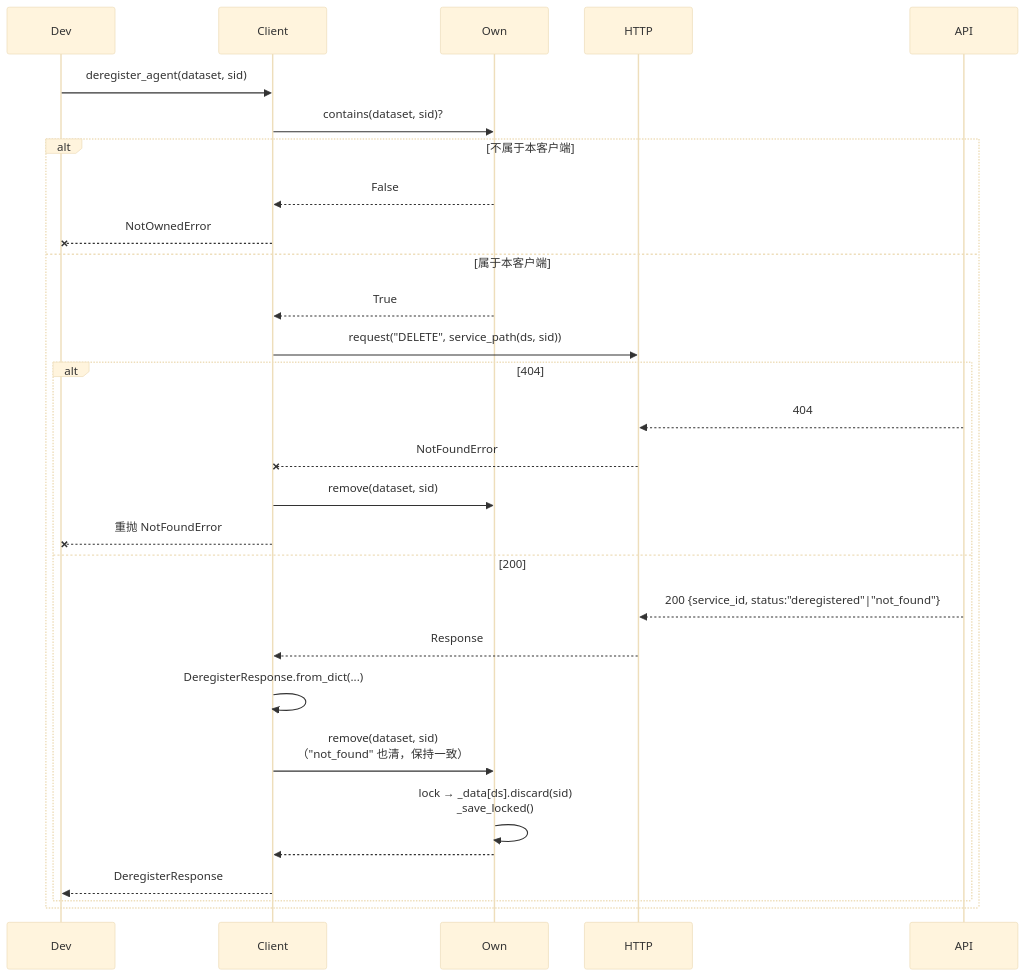
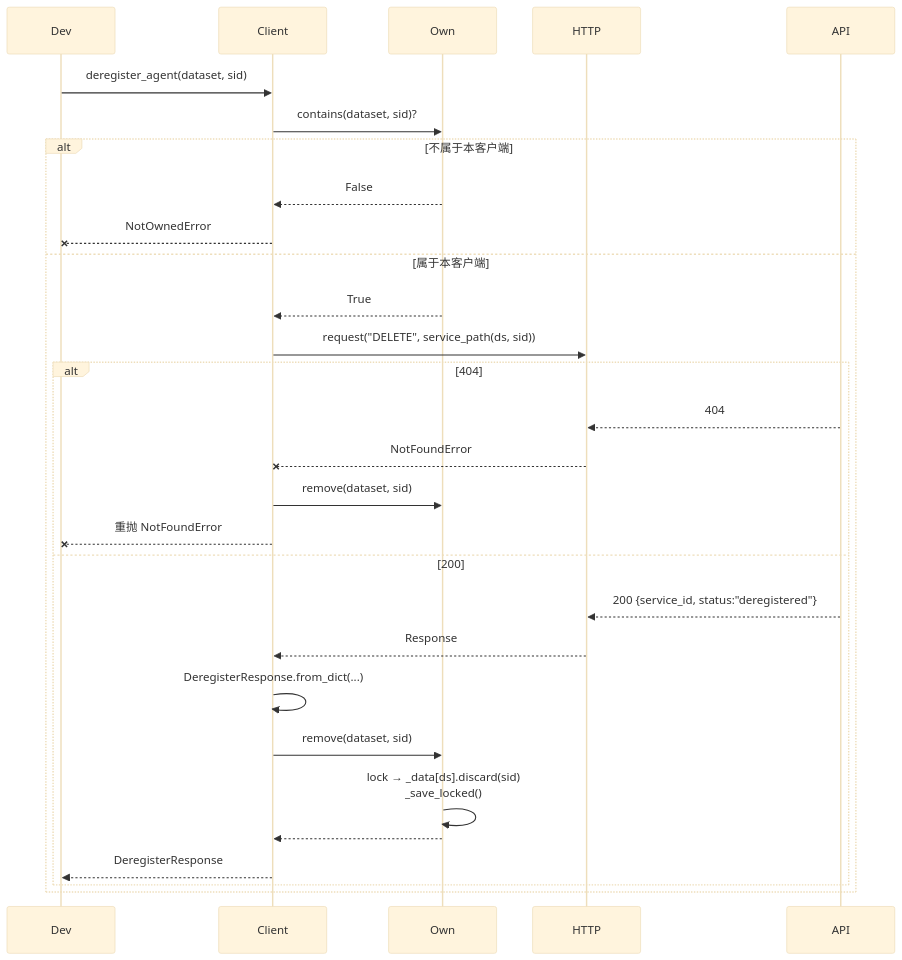
The tenth of 11 diagrams in docs/client_design.md (Weizheng96/A2X-registry), drawn with Mermaid (base theme) before and after one commit. The commit also changed other lines of this file and 15 other files, not shown here.

````diff
--- a/docs/client_design.md
+++ b/docs/client_design.md
@@ -593,34 +631,34 @@
 ```mermaid
 sequenceDiagram
     participant Dev
     participant Client
     participant Own
     participant HTTP
     participant API
 
     Dev->>Client: deregister_agent(dataset, sid)
     Client->>Own: contains(dataset, sid)?
 
     alt 不属于本客户端
         Own-->>Client: False
         Client--xDev: NotOwnedError
     else 属于本客户端
         Own-->>Client: True
         Client->>HTTP: request("DELETE", service_path(ds, sid))
 
         alt 404
             API-->>HTTP: 404
             HTTP--xClient: NotFoundError
             Client->>Own: remove(dataset, sid)
             Client--xDev: 重抛 NotFoundError
         else 200
-            API-->>HTTP: 200 {service_id, status:"deregistered"|"not_found"}
+            API-->>HTTP: 200 {service_id, status:"deregistered"}
             HTTP-->>Client: Response
             Client->>Client: DeregisterResponse.from_dict(...)
-            Client->>Own: remove(dataset, sid)<br/>（"not_found" 也清，保持一致）
+            Client->>Own: remove(dataset, sid)
             Own->>Own: lock → _data[ds].discard(sid)<br/>_save_locked()
             Own-->>Client: 
             Client-->>Dev: DeregisterResponse
         end
     end
 ```
````
